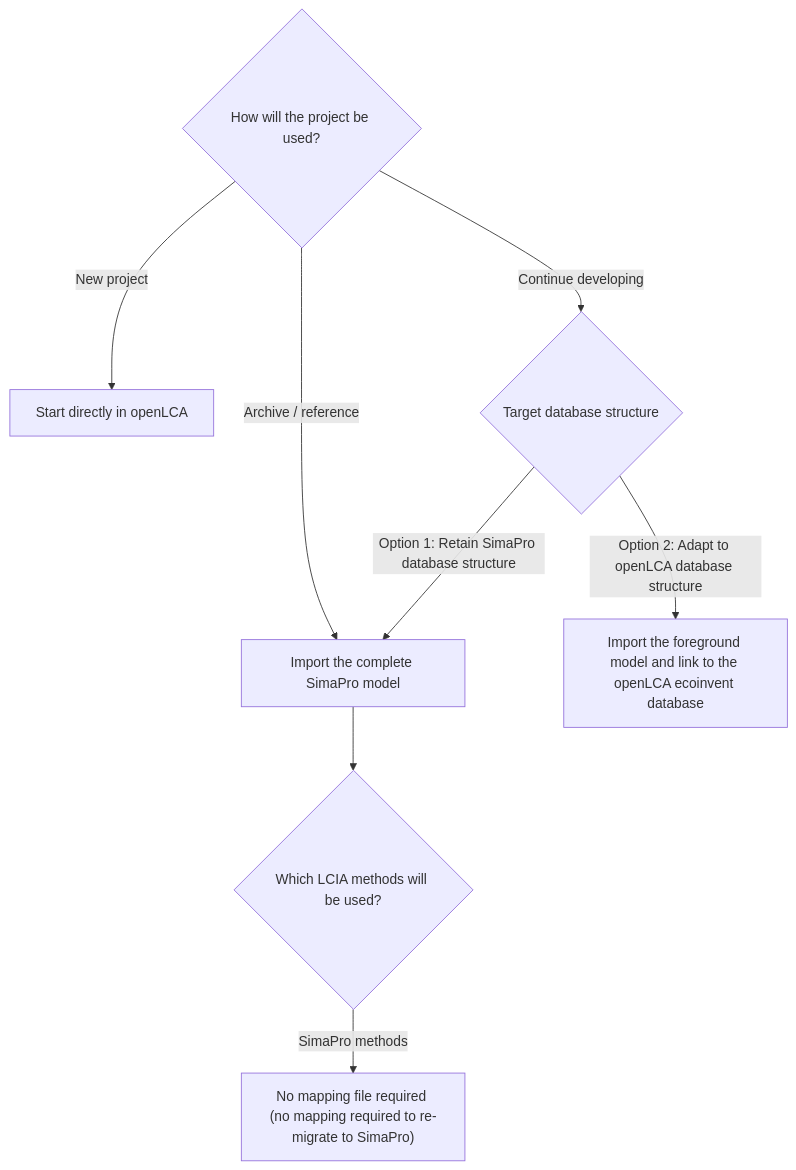
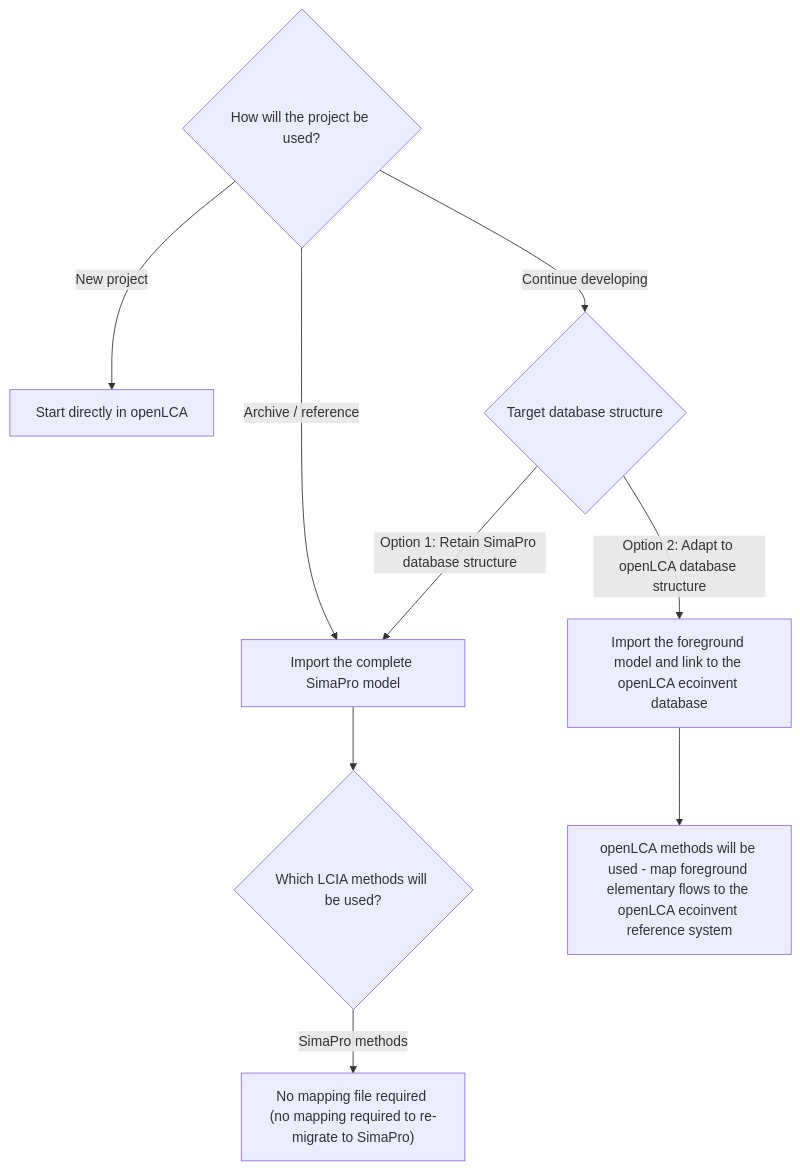
The diagram in src/migrating_other_software.md (GreenDelta/openLCA2-manual), drawn with Mermaid before and after one commit.

Commit message:
mermaid diagram

````diff
--- a/src/migrating_other_software.md
+++ b/src/migrating_other_software.md
@@ -30,16 +30,17 @@
 ```mermaid
 flowchart TD
     A{"How will the project be used?"}
 
     A -->|New project| B["Start directly in openLCA"]
     A -->|Archive / reference| C["Import the complete SimaPro model"]
     A -->|Continue developing| D{"Target database structure"}
 
     D -->|Option 1: Retain SimaPro database structure| C
     D -->|Option 2: Adapt to openLCA database structure| E["Import the foreground model and link to the openLCA ecoinvent database"]
 
     C --> F{"Which LCIA methods will be used?"}
 
     F -->|SimaPro methods| H["No mapping file required (no mapping required to re-migrate to SimaPro)"]
 
+    E --> I["openLCA methods will be used - map foreground elementary flows to the openLCA ecoinvent reference system"]
 ```
````
